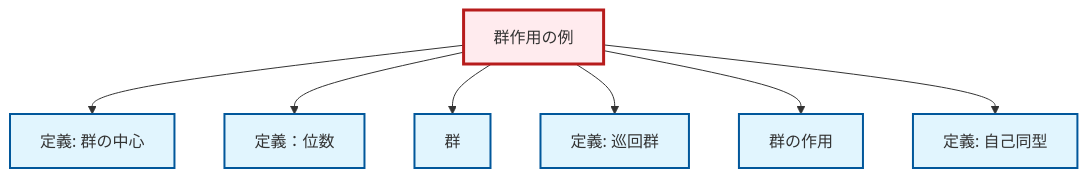
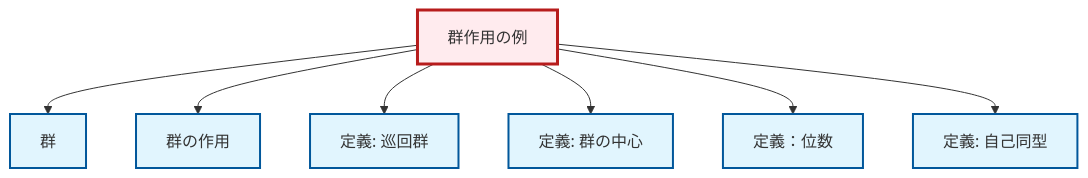
The diagram in content/ja/algebra/ex-group-action-examples.qmd (RK0429/ModernMath), drawn with Mermaid before and after one commit. The commit also changed other lines of this file and 328 other files, not shown here.

````diff
--- a/content/ja/algebra/ex-group-action-examples.qmd
+++ b/content/ja/algebra/ex-group-action-examples.qmd
@@ -78,29 +78,29 @@
 ```{mermaid}
 %%| fig-cap: "ローカル依存関係グラフ"
 graph TD
     classDef definition fill:#e1f5fe,stroke:#01579b,stroke-width:2px
     classDef theorem fill:#f3e5f5,stroke:#4a148c,stroke-width:2px
     classDef axiom fill:#fff3e0,stroke:#e65100,stroke-width:2px
     classDef example fill:#e8f5e9,stroke:#1b5e20,stroke-width:2px
     classDef current fill:#ffebee,stroke:#b71c1c,stroke-width:3px
-    def-cyclic-group["定義: 巡回群"]:::definition
-    def-order["定義：位数"]:::definition
     ex-group-action-examples["群作用の例"]:::example
     def-automorphism["定義: 自己同型"]:::definition
+    def-group-action["群の作用"]:::definition
+    def-order["定義：位数"]:::definition
+    def-cyclic-group["定義: 巡回群"]:::definition
     def-group["群"]:::definition
     def-center-of-group["定義: 群の中心"]:::definition
-    def-group-action["群の作用"]:::definition
+    ex-group-action-examples --> def-group
+    ex-group-action-examples --> def-group-action
+    ex-group-action-examples --> def-cyclic-group
     ex-group-action-examples --> def-center-of-group
     ex-group-action-examples --> def-order
-    ex-group-action-examples --> def-group
-    ex-group-action-examples --> def-cyclic-group
-    ex-group-action-examples --> def-group-action
     ex-group-action-examples --> def-automorphism
     class ex-group-action-examples current
+    click def-automorphism "def-automorphism.html" "自己同型の定義へ"
+    click def-group-action "def-group-action.html" "群の作用へ"
+    click def-order "def-order.html" "定義：位数へ"
     click def-cyclic-group "def-cyclic-group.html" "巡回群の定義へ"
-    click def-order "def-order.html" "定義：位数へ"
-    click def-automorphism "def-automorphism.html" "自己同型の定義へ"
     click def-group "def-group.html" "群へ"
     click def-center-of-group "def-center-of-group.html" "群の中心の定義へ"
-    click def-group-action "def-group-action.html" "群の作用へ"
 ```
````
